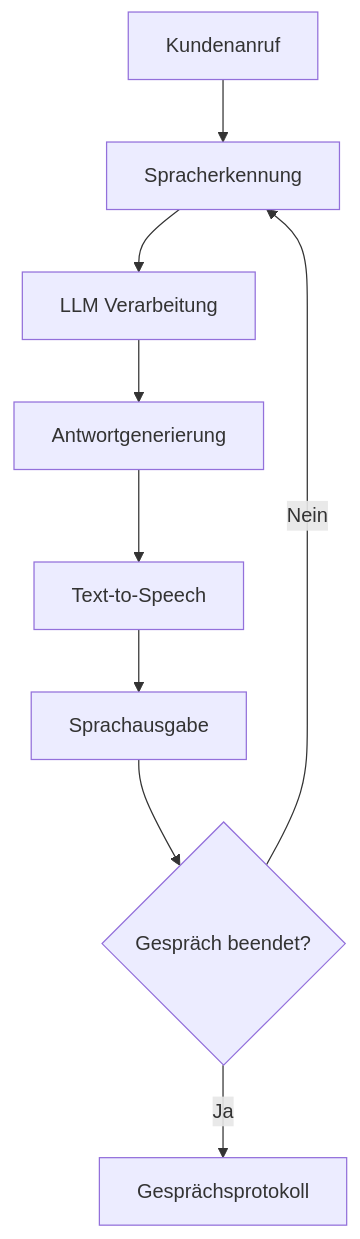
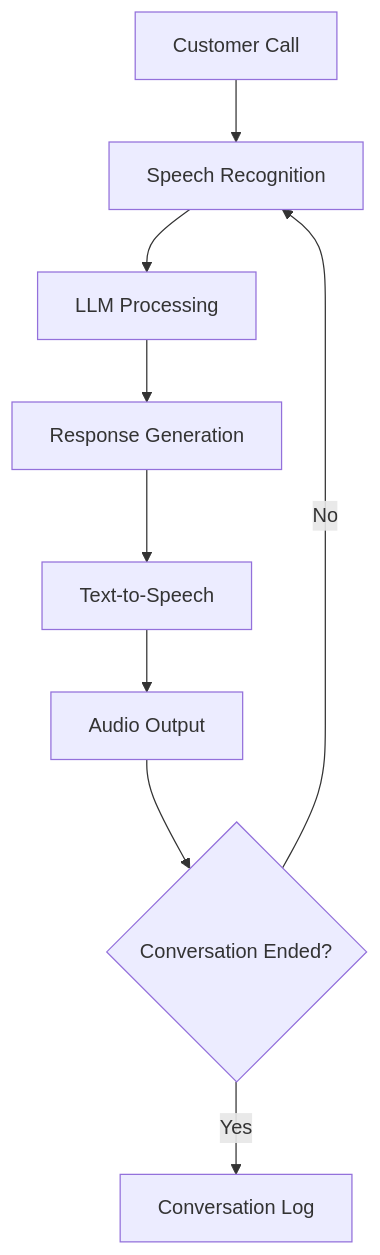
One commit to bekgroup/Famulor-docs-de changed the first of 3 diagrams in en/resources/whitepaper-ki-telefonie-zukunft.mdx. Above: the diagram before and after it, drawn with Mermaid. The commit also changed other lines of this file and 11 other files, not shown here.

````diff
--- a/en/resources/whitepaper-ki-telefonie-zukunft.mdx
+++ b/en/resources/whitepaper-ki-telefonie-zukunft.mdx
@@ -70,11 +70,11 @@
 ```mermaid
 flowchart TD
-    A[Kundenanruf] --> B[Spracherkennung]
-    B --> C[LLM Verarbeitung]
-    C --> D[Antwortgenerierung]
+    A[Customer Call] --> B[Speech Recognition]
+    B --> C[LLM Processing]
+    C --> D[Response Generation]
     D --> E[Text-to-Speech]
-    E --> F[Sprachausgabe]
-    F --> G{Gespräch beendet?}
-    G -->|Nein| B
-    G -->|Ja| H[Gesprächsprotokoll]
+    E --> F[Audio Output]
+    F --> G{Conversation Ended?}
+    G -->|No| B
+    G -->|Yes| H[Conversation Log]
 ```
````
